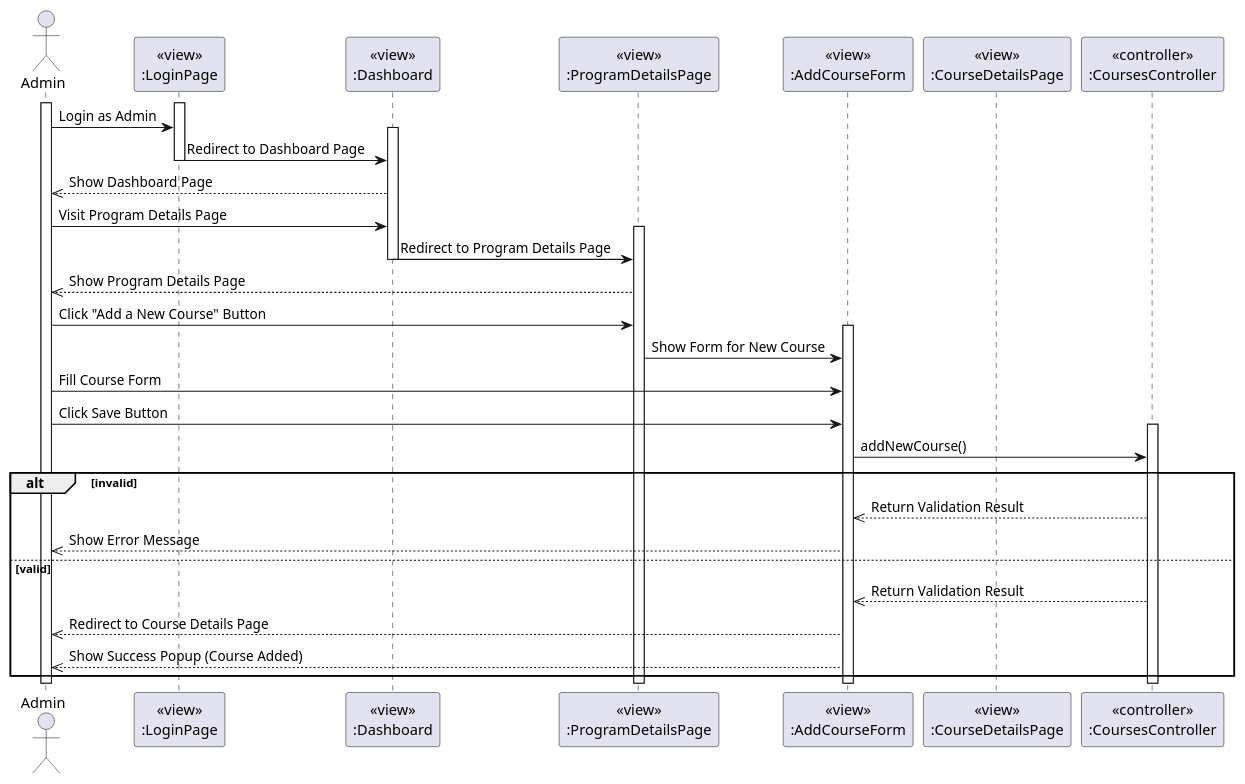
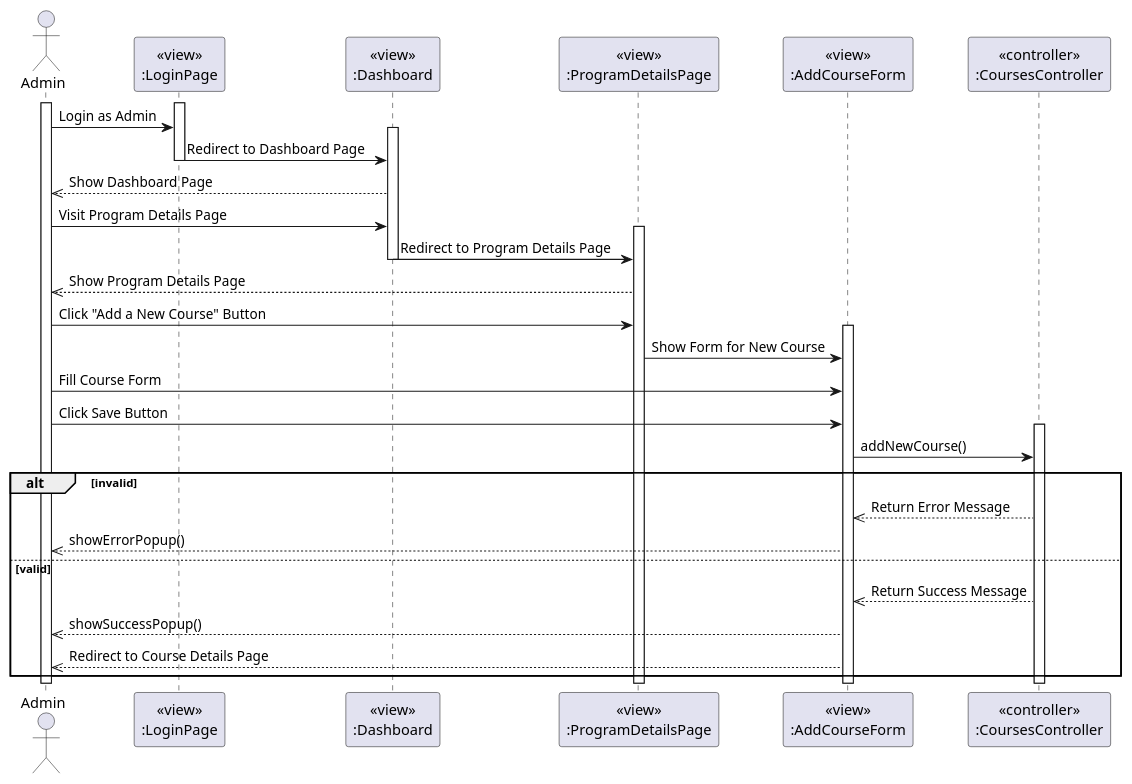
Before and after one commit to felixpherry/Lecturna-UML: the diagram in 064. Add Course/Sequence Diagram.puml, drawn with PlantUML. The commit also changed 82 other files, not shown here.

Commit message:
Fix: Sequence Diagrams

```diff
--- a/064. Add Course/Sequence Diagram.puml
+++ b/064. Add Course/Sequence Diagram.puml
@@ -1,72 +1,67 @@
 @startuml AddCourse
 actor Admin
 participant LoginPageView [
   <<view>>
   :LoginPage
 ]
 
 participant DashboardView [
   <<view>>
   :Dashboard
 ]
 
 participant ProgramDetailsView [
   <<view>>
   :ProgramDetailsPage
 ]
 
 participant AddCourseFormView [
   <<view>>
   :AddCourseForm
-]
-
-participant CourseDetailsView [
-  <<view>>
-  :CourseDetailsPage
 ]
 
 participant CoursesController [
   <<controller>>
   :CoursesController
 ]
 
 activate Admin
 activate LoginPageView
 Admin -> LoginPageView: Login as Admin
 activate DashboardView
 LoginPageView -> DashboardView: Redirect to Dashboard Page
 deactivate LoginPageView
 
 DashboardView -->> Admin: Show Dashboard Page
 
 Admin -> DashboardView: Visit Program Details Page
 activate ProgramDetailsView
 DashboardView -> ProgramDetailsView: Redirect to Program Details Page
 deactivate DashboardView
 
 ProgramDetailsView -->> Admin: Show Program Details Page
 
 Admin -> ProgramDetailsView: Click "Add a New Course" Button
 
 activate AddCourseFormView
 ProgramDetailsView -> AddCourseFormView: Show Form for New Course
 
 Admin -> AddCourseFormView: Fill Course Form
 Admin -> AddCourseFormView: Click Save Button
 
 activate CoursesController
 AddCourseFormView -> CoursesController: addNewCourse()
 alt invalid
-    CoursesController -->> AddCourseFormView: Return Validation Result
-    AddCourseFormView -->> Admin: Show Error Message
+    CoursesController -->> AddCourseFormView: Return Error Message
+    AddCourseFormView -->> Admin: showErrorPopup()
 else valid
-    CoursesController -->> AddCourseFormView: Return Validation Result
+    CoursesController -->> AddCourseFormView: Return Success Message
+    AddCourseFormView -->> Admin: showSuccessPopup()
     AddCourseFormView -->> Admin: Redirect to Course Details Page
-    AddCourseFormView -->> Admin: Show Success Popup (Course Added)
 end
 
 deactivate CoursesController
 deactivate Admin
 deactivate ProgramDetailsView
 deactivate AddCourseFormView
 @enduml
```
